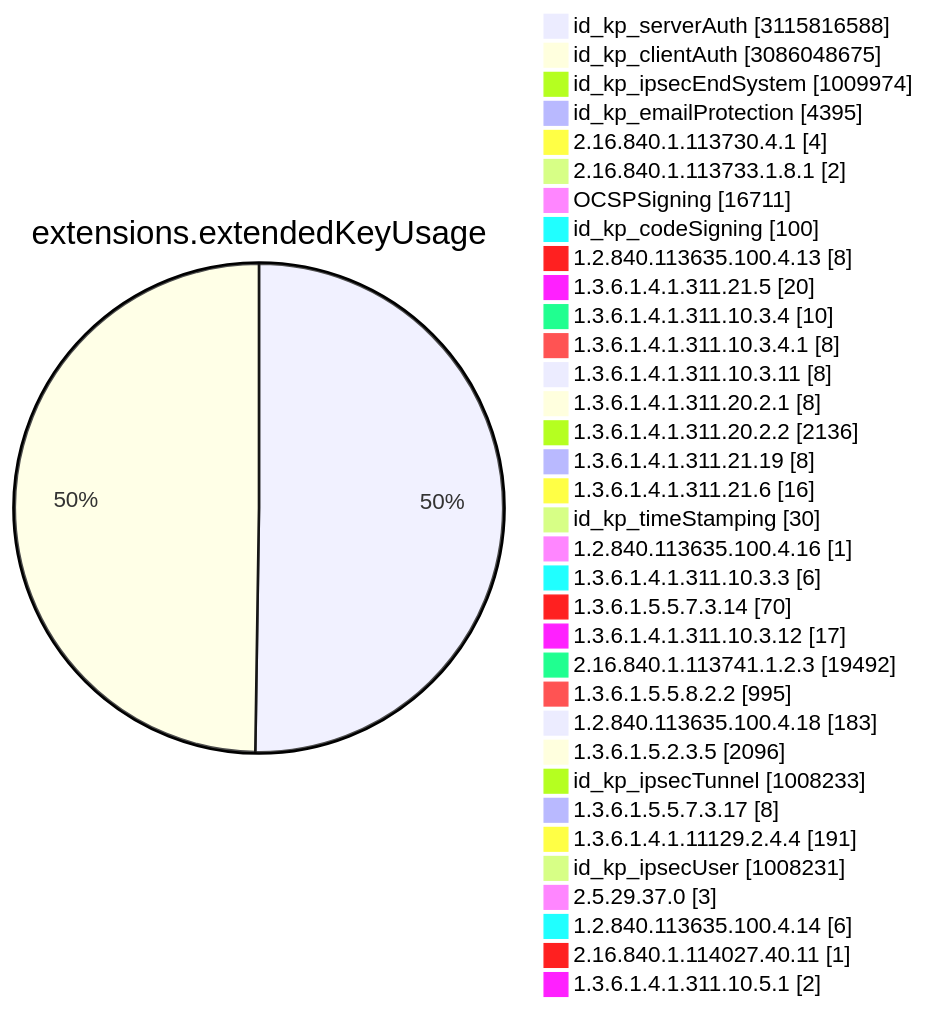
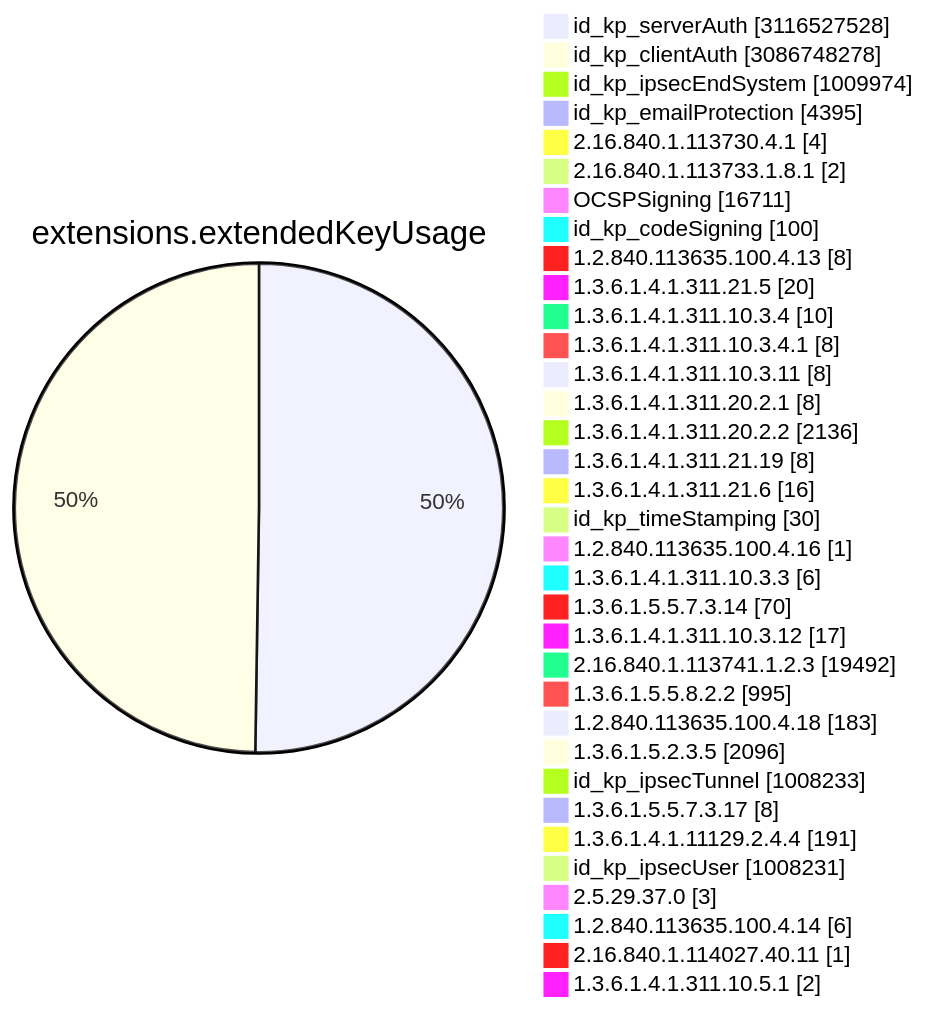
Diagram 11 of 15 in TOTAL/README.md (christiankrug/ctmonitor_visualization), drawn with Mermaid before and after one commit. The commit also changed other lines of this file, not shown here.

````diff
--- a/TOTAL/README.md
+++ b/TOTAL/README.md
@@ -4119,38 +4119,38 @@
 ```mermaid
 pie showData
 title extensions.extendedKeyUsage
-"id_kp_serverAuth" :3115816588
-"id_kp_clientAuth" :3086048675
+"id_kp_serverAuth" :3116527528
+"id_kp_clientAuth" :3086748278
 "id_kp_ipsecEndSystem" :1009974
 "id_kp_emailProtection" :4395
 "2.16.840.1.113730.4.1" :4
 "2.16.840.1.113733.1.8.1" :2
 "OCSPSigning" :16711
 "id_kp_codeSigning" :100
 "1.2.840.113635.100.4.13" :8
 "1.3.6.1.4.1.311.21.5" :20
 "1.3.6.1.4.1.311.10.3.4" :10
 "1.3.6.1.4.1.311.10.3.4.1" :8
 "1.3.6.1.4.1.311.10.3.11" :8
 "1.3.6.1.4.1.311.20.2.1" :8
 "1.3.6.1.4.1.311.20.2.2" :2136
 "1.3.6.1.4.1.311.21.19" :8
 "1.3.6.1.4.1.311.21.6" :16
 "id_kp_timeStamping" :30
 "1.2.840.113635.100.4.16" :1
 "1.3.6.1.4.1.311.10.3.3" :6
 "1.3.6.1.5.5.7.3.14" :70
 "1.3.6.1.4.1.311.10.3.12" :17
 "2.16.840.1.113741.1.2.3" :19492
 "1.3.6.1.5.5.8.2.2" :995
 "1.2.840.113635.100.4.18" :183
 "1.3.6.1.5.2.3.5" :2096
 "id_kp_ipsecTunnel" :1008233
 "1.3.6.1.5.5.7.3.17" :8
 "1.3.6.1.4.1.11129.2.4.4" :191
 "id_kp_ipsecUser" :1008231
 "2.5.29.37.0" :3
 "1.2.840.113635.100.4.14" :6
 "2.16.840.1.114027.40.11" :1
 "1.3.6.1.4.1.311.10.5.1" :2
 ```
````
